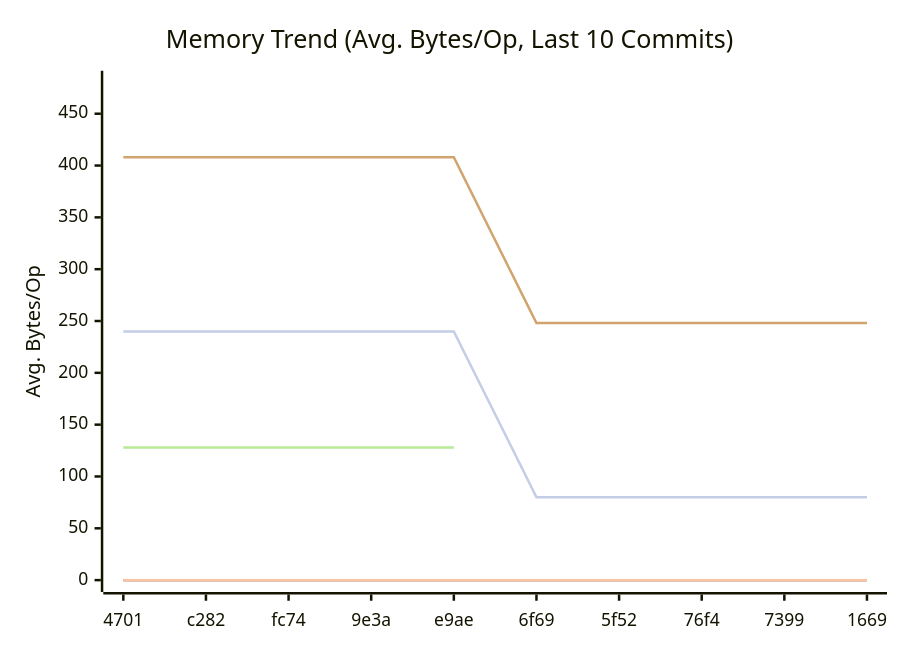
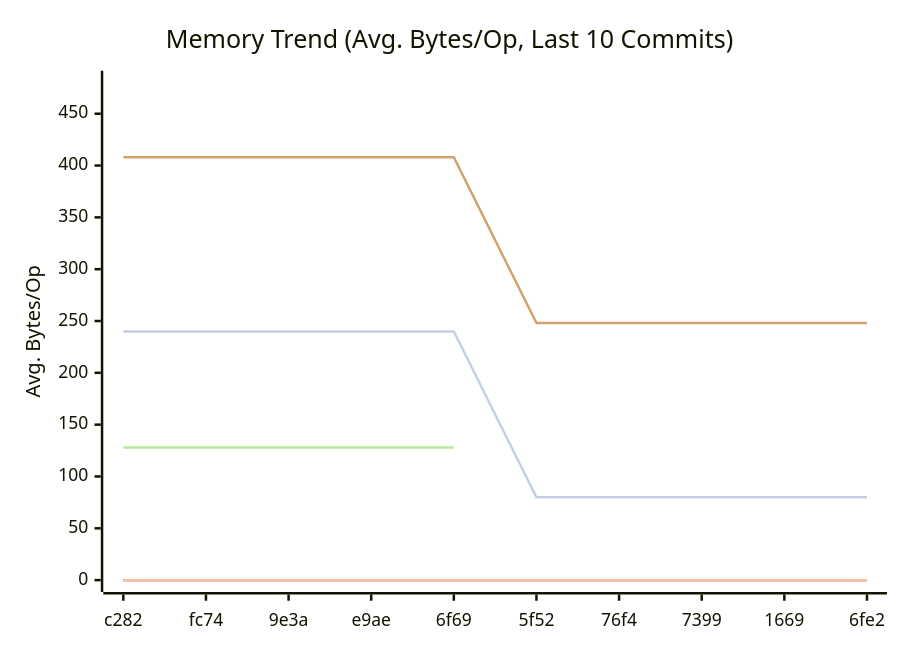
Before and after one commit to alsotoes/momo: the second of 3 diagrams in doc/README.md, drawn with Mermaid. The commit also changed other lines of this file and 1 other file, not shown here.

````diff
--- a/doc/README.md
+++ b/doc/README.md
@@ -314,14 +305,14 @@
 ```mermaid
 xychart-beta
     title "Memory Trend (Avg. Bytes/Op, Last 10 Commits)"
     x-axis "Commit"
     y-axis "Avg. Bytes/Op"
-    x-axis [4701,c282,fc74,9e3a,e9ae,6f69,5f52,76f4,7399,1669]
+    x-axis [c282,fc74,9e3a,e9ae,6f69,5f52,76f4,7399,1669,6fe2]
     line "CheckMetricsAndSwap" [0,0,0,0,0,0,0,0,0,0]
     line "IndexDirectTracking" [0,0,0,0,0,0,0,0,0,0]
     line "IndexSearch" [0,0,0,0,0,0,0,0,0,0]
     line "LoadGlobalConfig" [480]
     line "PadString" [128,128,128,128,128]
     line "ParseReplicationOrder_NoPrealloc" [408,408,408,408,408,248,248,248,248,248]
     line "ParseReplicationOrder_Prealloc" [240,240,240,240,240,80,80,80,80,80]
 ```
````
